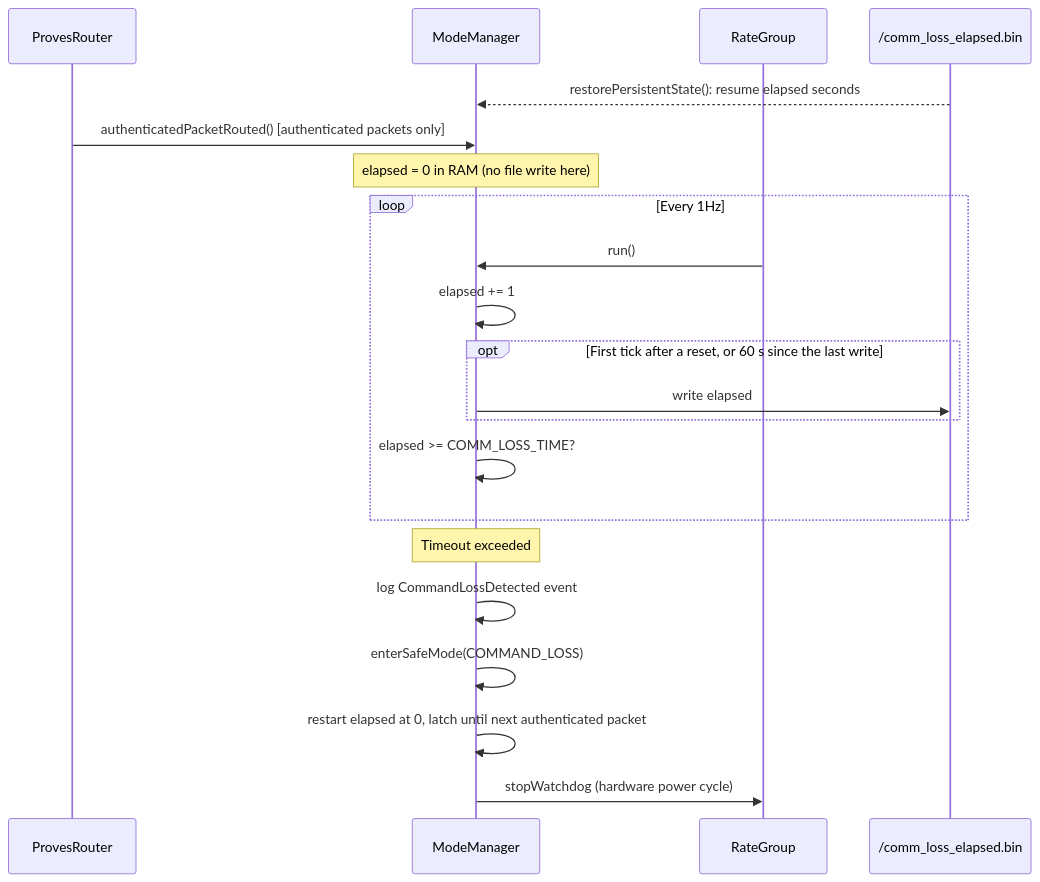
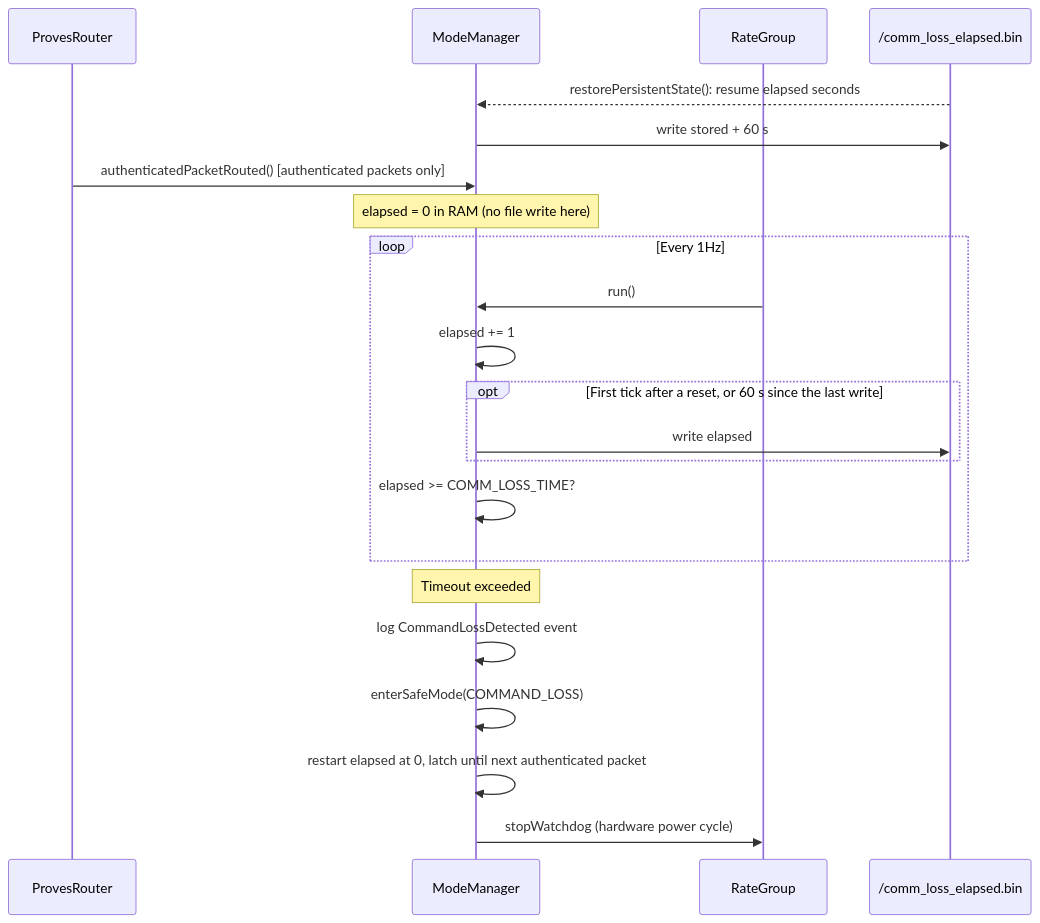
Before and after one commit to Open-Source-Space-Foundation/proves-core-reference: the second of 4 diagrams in PROVESFlightControllerReference/Components/ModeManager/docs/sdd.md, drawn with Mermaid. The commit also changed other lines of this file and 4 other files, not shown here.

First line of the commit message:
fix(ModeManager): write the command-loss count once at boot so short reboot loops still trip

````diff
--- a/PROVESFlightControllerReference/Components/ModeManager/docs/sdd.md
+++ b/PROVESFlightControllerReference/Components/ModeManager/docs/sdd.md
@@ -162,26 +162,27 @@
 ```mermaid
 sequenceDiagram
     participant AuthRouter as ProvesRouter
     participant ModeManager
     participant RateGroup
 
     participant Flash as /comm_loss_elapsed.bin
 
     Flash-->>ModeManager: restorePersistentState(): resume elapsed seconds
+    ModeManager->>Flash: write stored + 60 s
     AuthRouter->>ModeManager: authenticatedPacketRouted() [authenticated packets only]
     Note over ModeManager: elapsed = 0 in RAM (no file write here)
 
     loop Every 1Hz
         RateGroup->>ModeManager: run()
         ModeManager->>ModeManager: elapsed += 1
         opt First tick after a reset, or 60 s since the last write
             ModeManager->>Flash: write elapsed
         end
         ModeManager->>ModeManager: elapsed >= COMM_LOSS_TIME?
     end
     Note over ModeManager: Timeout exceeded
     ModeManager->>ModeManager: log CommandLossDetected event
     ModeManager->>ModeManager: enterSafeMode(COMMAND_LOSS)
     ModeManager->>ModeManager: restart elapsed at 0, latch until next authenticated packet
     ModeManager->>RateGroup: stopWatchdog (hardware power cycle)
 ```
````
